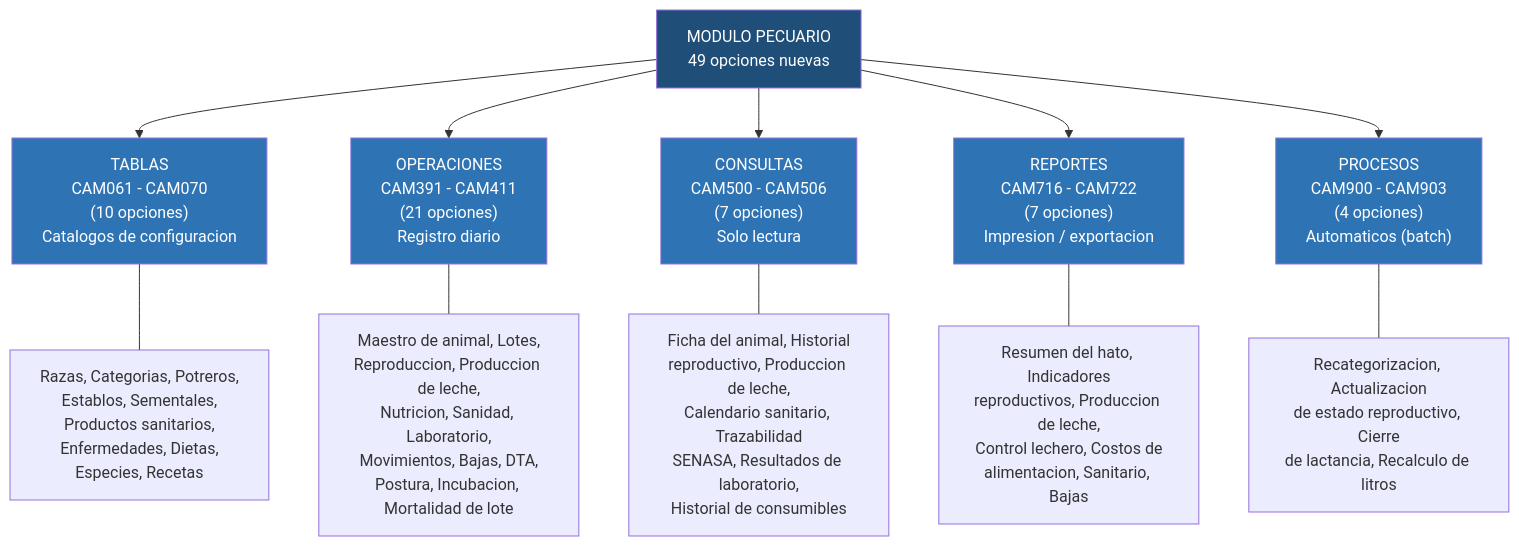
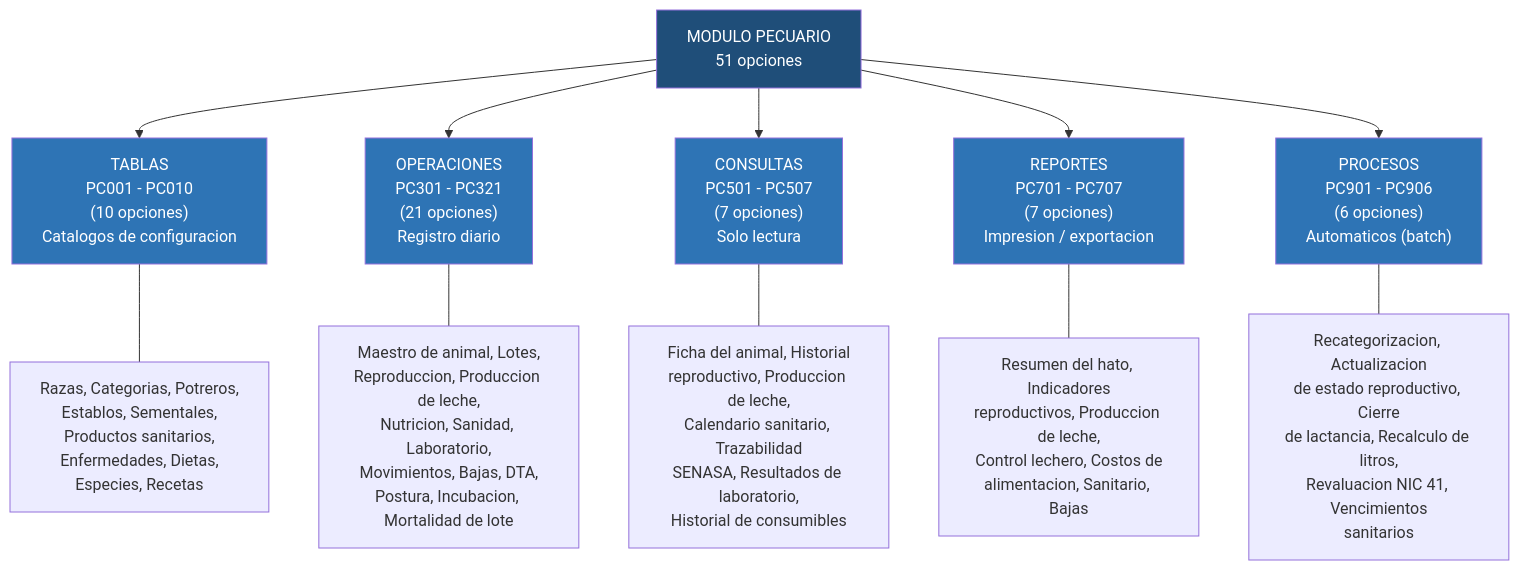
The second of 3 diagrams in Source ERPs/metadata SIGRE/pecuario/pecuario_modulo_diseno.md (jramirezch1978/sigre_web), drawn with Mermaid before and after one commit. The commit also changed other lines of this file and 3 other files, not shown here.

First line of the commit message:
feat(pecuario): renumerar de CAM (prestado de Campo) a PC (prefijo propio)

````diff
--- a/Source ERPs/metadata SIGRE/pecuario/pecuario_modulo_diseno.md
+++ b/Source ERPs/metadata SIGRE/pecuario/pecuario_modulo_diseno.md
@@ -240,23 +240,23 @@
 ```mermaid
 flowchart TD
-    M["MODULO PECUARIO<br/>49 opciones nuevas"]
+    M["MODULO PECUARIO<br/>51 opciones"]
 
-    M --> T["TABLAS<br/>CAM061 - CAM070<br/>(10 opciones)<br/>Catalogos de configuracion"]
-    M --> O["OPERACIONES<br/>CAM391 - CAM411<br/>(21 opciones)<br/>Registro diario"]
-    M --> Q["CONSULTAS<br/>CAM500 - CAM506<br/>(7 opciones)<br/>Solo lectura"]
-    M --> R["REPORTES<br/>CAM716 - CAM722<br/>(7 opciones)<br/>Impresion / exportacion"]
-    M --> P["PROCESOS<br/>CAM900 - CAM903<br/>(4 opciones)<br/>Automaticos (batch)"]
+    M --> T["TABLAS<br/>PC001 - PC010<br/>(10 opciones)<br/>Catalogos de configuracion"]
+    M --> O["OPERACIONES<br/>PC301 - PC321<br/>(21 opciones)<br/>Registro diario"]
+    M --> Q["CONSULTAS<br/>PC501 - PC507<br/>(7 opciones)<br/>Solo lectura"]
+    M --> R["REPORTES<br/>PC701 - PC707<br/>(7 opciones)<br/>Impresion / exportacion"]
+    M --> P["PROCESOS<br/>PC901 - PC906<br/>(6 opciones)<br/>Automaticos (batch)"]
 
     T --- T1["Razas, Categorias, Potreros,<br/>Establos, Sementales,<br/>Productos sanitarios,<br/>Enfermedades, Dietas,<br/>Especies, Recetas"]
     O --- O1["Maestro de animal, Lotes,<br/>Reproduccion, Produccion de leche,<br/>Nutricion, Sanidad, Laboratorio,<br/>Movimientos, Bajas, DTA,<br/>Postura, Incubacion, Mortalidad de lote"]
     Q --- Q1["Ficha del animal, Historial<br/>reproductivo, Produccion de leche,<br/>Calendario sanitario, Trazabilidad<br/>SENASA, Resultados de laboratorio,<br/>Historial de consumibles"]
     R --- R1["Resumen del hato, Indicadores<br/>reproductivos, Produccion de leche,<br/>Control lechero, Costos de<br/>alimentacion, Sanitario, Bajas"]
-    P --- P1["Recategorizacion, Actualizacion<br/>de estado reproductivo, Cierre<br/>de lactancia, Recalculo de litros"]
+    P --- P1["Recategorizacion, Actualizacion<br/>de estado reproductivo, Cierre<br/>de lactancia, Recalculo de litros,<br/>Revaluacion NIC 41, Vencimientos<br/>sanitarios"]
 
     style M fill:#1F4E79,color:#ffffff
     style T fill:#2E74B5,color:#ffffff
     style O fill:#2E74B5,color:#ffffff
     style Q fill:#2E74B5,color:#ffffff
     style R fill:#2E74B5,color:#ffffff
     style P fill:#2E74B5,color:#ffffff
 ```
````
